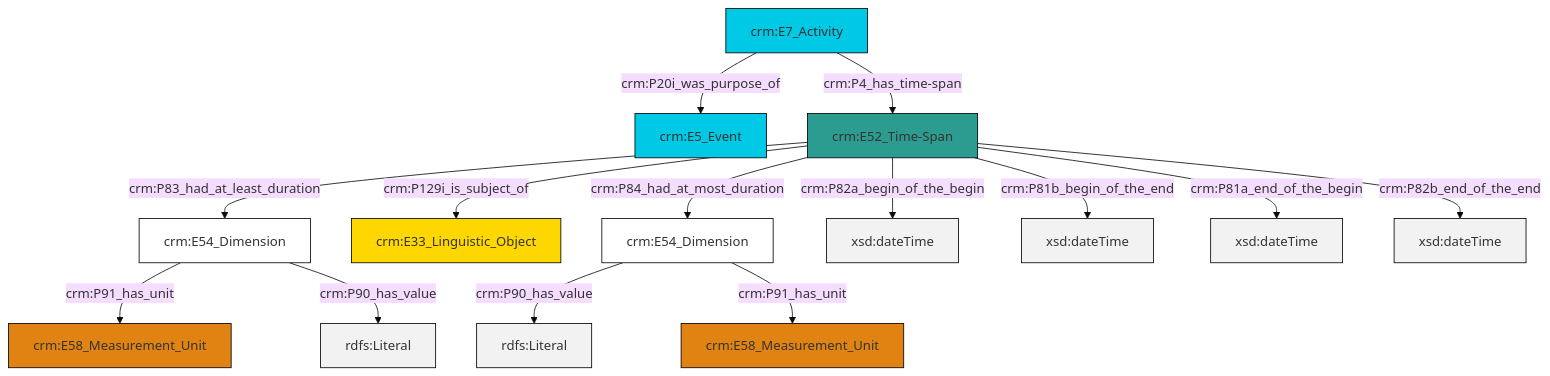
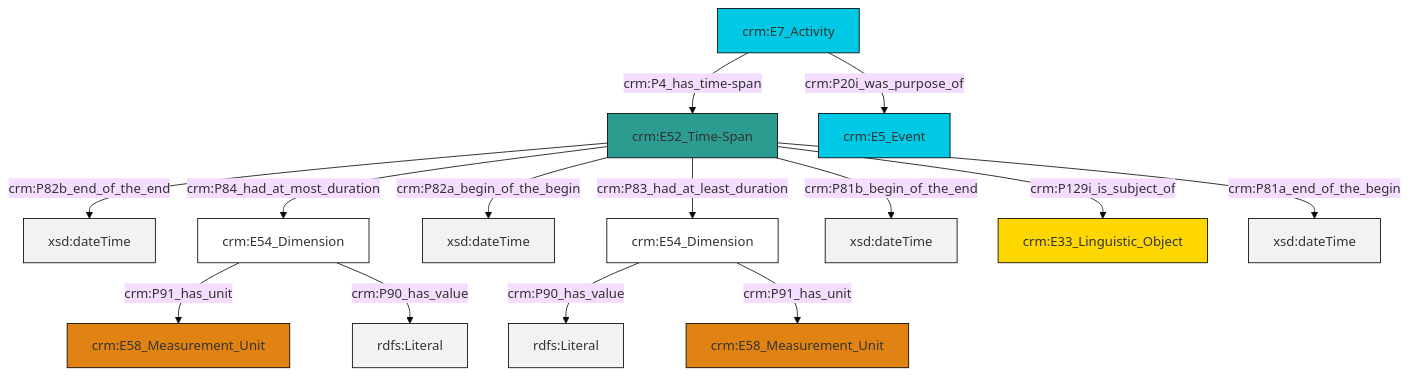
One commit to swiss-art-research-net/reference-data-models changed the diagram in et/eventCSV/ttl/mmd/event_existence.ttl.mmd. Above: the diagram before and after it, drawn with Mermaid (base theme). The commit also changed 127 other files, not shown here.

```diff
--- a/et/eventCSV/ttl/mmd/event_existence.ttl.mmd
+++ b/et/eventCSV/ttl/mmd/event_existence.ttl.mmd
@@ -1,28 +1,28 @@
 graph TD
 classDef Literal fill:#f2f2f2,stroke:#000000;
 classDef CRM_Entity fill:#FFFFFF,stroke:#000000;
 classDef Temporal_Entity fill:#00C9E6, stroke:#000000;
 classDef Type fill:#E18312, stroke:#000000;
 classDef Time-Span fill:#2C9C91, stroke:#000000;
 classDef Appellation fill:#FFEB7F, stroke:#000000;
 classDef Place fill:#008836, stroke:#000000;
 classDef Persistent_Item fill:#B266B2, stroke:#000000;
 classDef Conceptual_Object fill:#FFD700, stroke:#000000;
 classDef Physical_Thing fill:#D2B48C, stroke:#000000;
 classDef Actor fill:#f58aad, stroke:#000000;
 classDef PC_Classes fill:#4ce600, stroke:#000000;
 classDef Multi fill:#cccccc,stroke:#000000;
 
-2["crm:E54_Dimension"]:::CRM_Entity -->|crm:P90_has_value| 4[rdfs:Literal]:::Literal
-2["crm:E54_Dimension"]:::CRM_Entity -->|crm:P91_has_unit| 5["crm:E58_Measurement_Unit"]:::Type
-6["crm:E7_Activity"]:::Temporal_Entity -->|crm:P20i_was_purpose_of| 0["crm:E5_Event"]:::Temporal_Entity
-13["crm:E54_Dimension"]:::CRM_Entity -->|crm:P91_has_unit| 9["crm:E58_Measurement_Unit"]:::Type
-7["crm:E52_Time-Span"]:::Time-Span -->|crm:P82a_begin_of_the_begin| 14[xsd:dateTime]:::Literal
-7["crm:E52_Time-Span"]:::Time-Span -->|crm:P81b_begin_of_the_end| 15[xsd:dateTime]:::Literal
-7["crm:E52_Time-Span"]:::Time-Span -->|crm:P83_had_at_least_duration| 13["crm:E54_Dimension"]:::CRM_Entity
-7["crm:E52_Time-Span"]:::Time-Span -->|crm:P81a_end_of_the_begin| 16[xsd:dateTime]:::Literal
-13["crm:E54_Dimension"]:::CRM_Entity -->|crm:P90_has_value| 17[rdfs:Literal]:::Literal
-7["crm:E52_Time-Span"]:::Time-Span -->|crm:P82b_end_of_the_end| 18[xsd:dateTime]:::Literal
-7["crm:E52_Time-Span"]:::Time-Span -->|crm:P129i_is_subject_of| 11["crm:E33_Linguistic_Object"]:::Conceptual_Object
-7["crm:E52_Time-Span"]:::Time-Span -->|crm:P84_had_at_most_duration| 2["crm:E54_Dimension"]:::CRM_Entity
-6["crm:E7_Activity"]:::Temporal_Entity -->|crm:P4_has_time-span| 7["crm:E52_Time-Span"]:::Time-Span
+0["crm:E7_Activity"]:::Temporal_Entity -->|crm:P4_has_time-span| 1["crm:E52_Time-Span"]:::Time-Span
+1["crm:E52_Time-Span"]:::Time-Span -->|crm:P82b_end_of_the_end| 5[xsd:dateTime]:::Literal
+6["crm:E54_Dimension"]:::CRM_Entity -->|crm:P91_has_unit| 7["crm:E58_Measurement_Unit"]:::Type
+1["crm:E52_Time-Span"]:::Time-Span -->|crm:P82a_begin_of_the_begin| 10[xsd:dateTime]:::Literal
+11["crm:E54_Dimension"]:::CRM_Entity -->|crm:P90_has_value| 13[rdfs:Literal]:::Literal
+11["crm:E54_Dimension"]:::CRM_Entity -->|crm:P91_has_unit| 14["crm:E58_Measurement_Unit"]:::Type
+1["crm:E52_Time-Span"]:::Time-Span -->|crm:P81b_begin_of_the_end| 15[xsd:dateTime]:::Literal
+1["crm:E52_Time-Span"]:::Time-Span -->|crm:P84_had_at_most_duration| 6["crm:E54_Dimension"]:::CRM_Entity
+0["crm:E7_Activity"]:::Temporal_Entity -->|crm:P20i_was_purpose_of| 2["crm:E5_Event"]:::Temporal_Entity
+1["crm:E52_Time-Span"]:::Time-Span -->|crm:P129i_is_subject_of| 17["crm:E33_Linguistic_Object"]:::Conceptual_Object
+1["crm:E52_Time-Span"]:::Time-Span -->|crm:P81a_end_of_the_begin| 20[xsd:dateTime]:::Literal
+1["crm:E52_Time-Span"]:::Time-Span -->|crm:P83_had_at_least_duration| 11["crm:E54_Dimension"]:::CRM_Entity
+6["crm:E54_Dimension"]:::CRM_Entity -->|crm:P90_has_value| 21[rdfs:Literal]:::Literal
```
